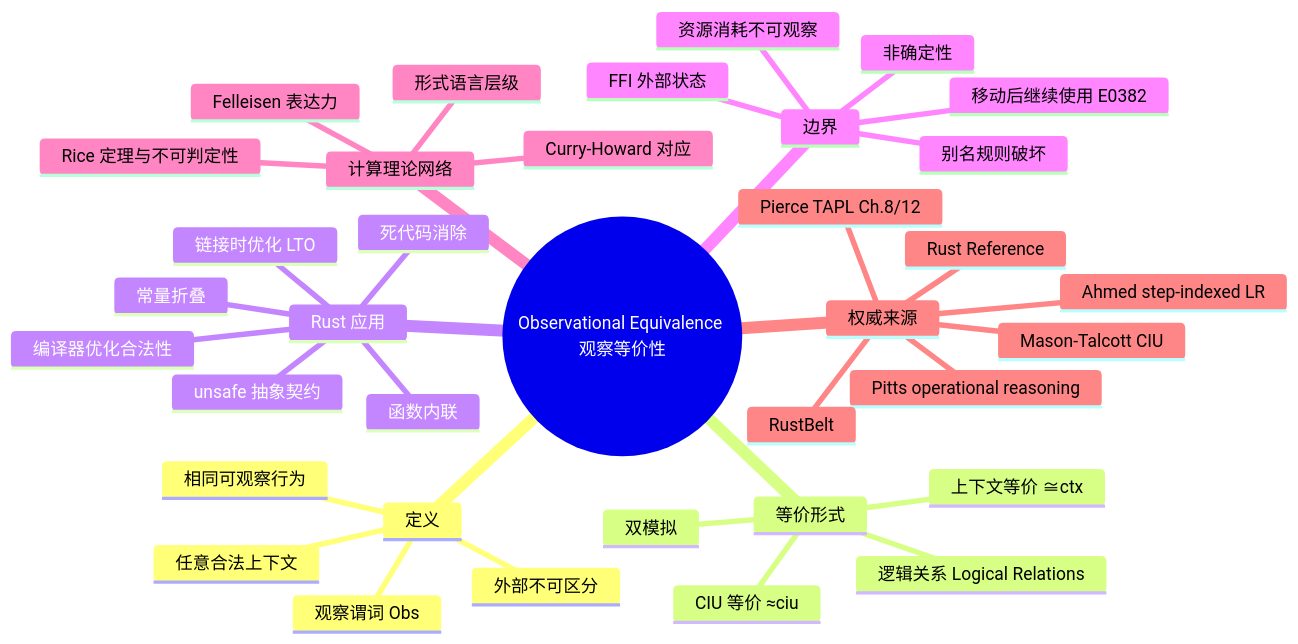
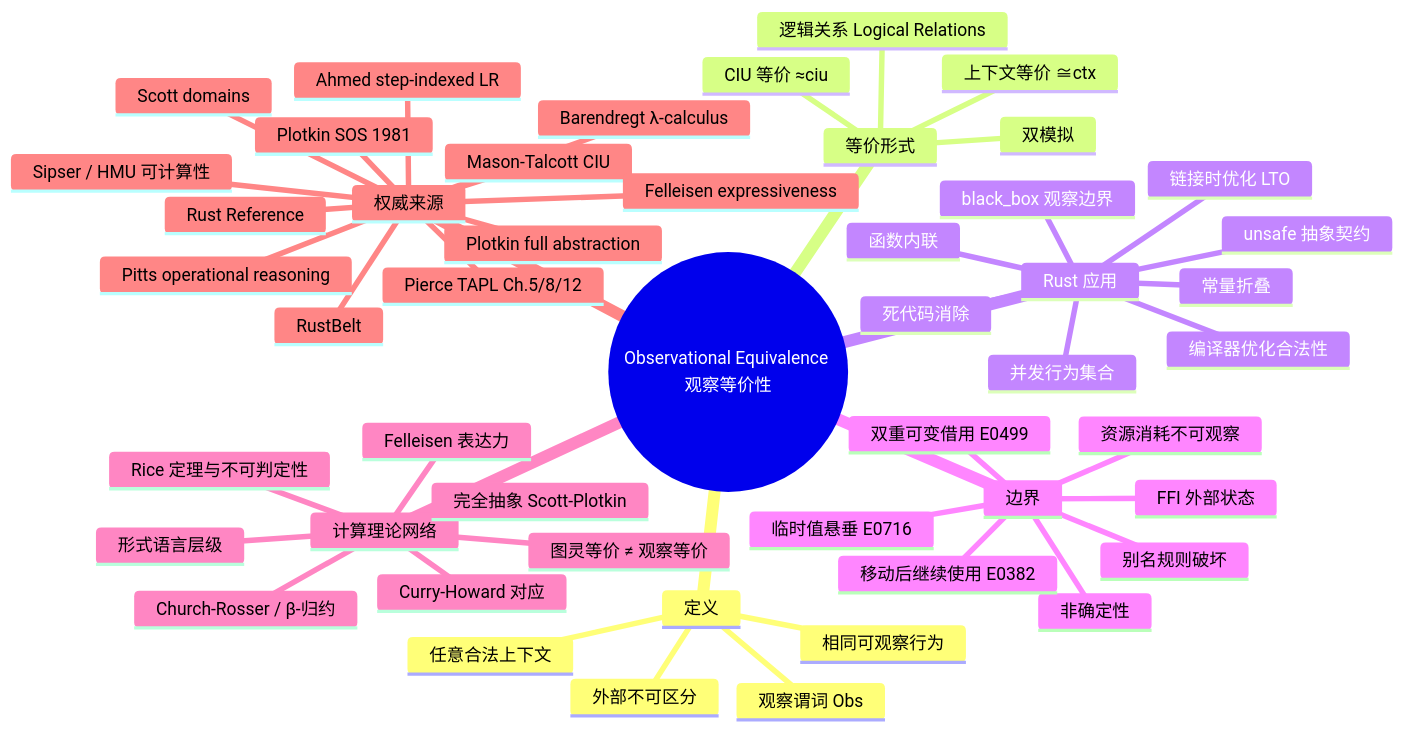
Before and after one commit to martin-ly/rust-lang: the diagram in concept/04_formal/03_operational_semantics/06_observational_equivalence.md, drawn with Mermaid. The commit also changed other lines of this file and 43 other files, not shown here.

````diff
--- a/concept/04_formal/03_operational_semantics/06_observational_equivalence.md
+++ b/concept/04_formal/03_operational_semantics/06_observational_equivalence.md
@@ -488,39 +747,52 @@
 ```mermaid
 mindmap
   root((Observational Equivalence 观察等价性))
     定义
       外部不可区分
       任意合法上下文
       相同可观察行为
       观察谓词 Obs
     等价形式
       上下文等价 ≅ctx
       双模拟
       CIU 等价 ≈ciu
       逻辑关系 Logical Relations
     Rust 应用
       编译器优化合法性
       常量折叠
       死代码消除
       函数内联
       链接时优化 LTO
+      black_box 观察边界
       unsafe 抽象契约
+      并发行为集合
     边界
       非确定性
       FFI 外部状态
       资源消耗不可观察
       别名规则破坏
       移动后继续使用 E0382
+      双重可变借用 E0499
+      临时值悬垂 E0716
     计算理论网络
       Rice 定理与不可判定性
+      图灵等价 ≠ 观察等价
+      Church-Rosser / β-归约
+      完全抽象 Scott-Plotkin
       Felleisen 表达力
       Curry-Howard 对应
       形式语言层级
     权威来源
-      Pierce TAPL Ch.8/12
+      Pierce TAPL Ch.5/8/12
+      Plotkin SOS 1981
       Ahmed step-indexed LR
       Pitts operational reasoning
       Mason-Talcott CIU
+      Sipser / HMU 可计算性
+      Barendregt λ-calculus
+      Scott domains
+      Plotkin full abstraction
+      Felleisen expressiveness
       RustBelt
       Rust Reference
 ```
````
